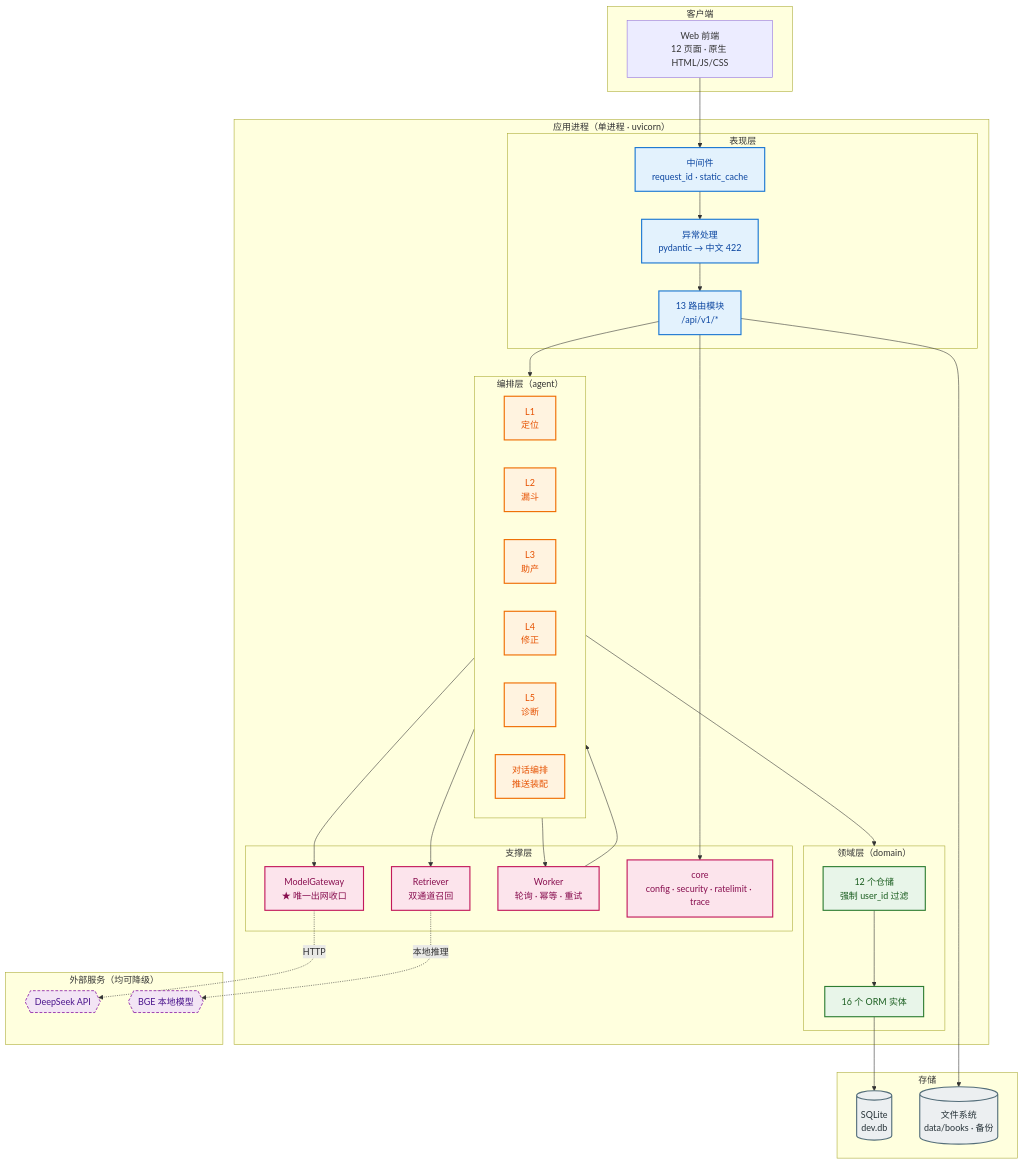
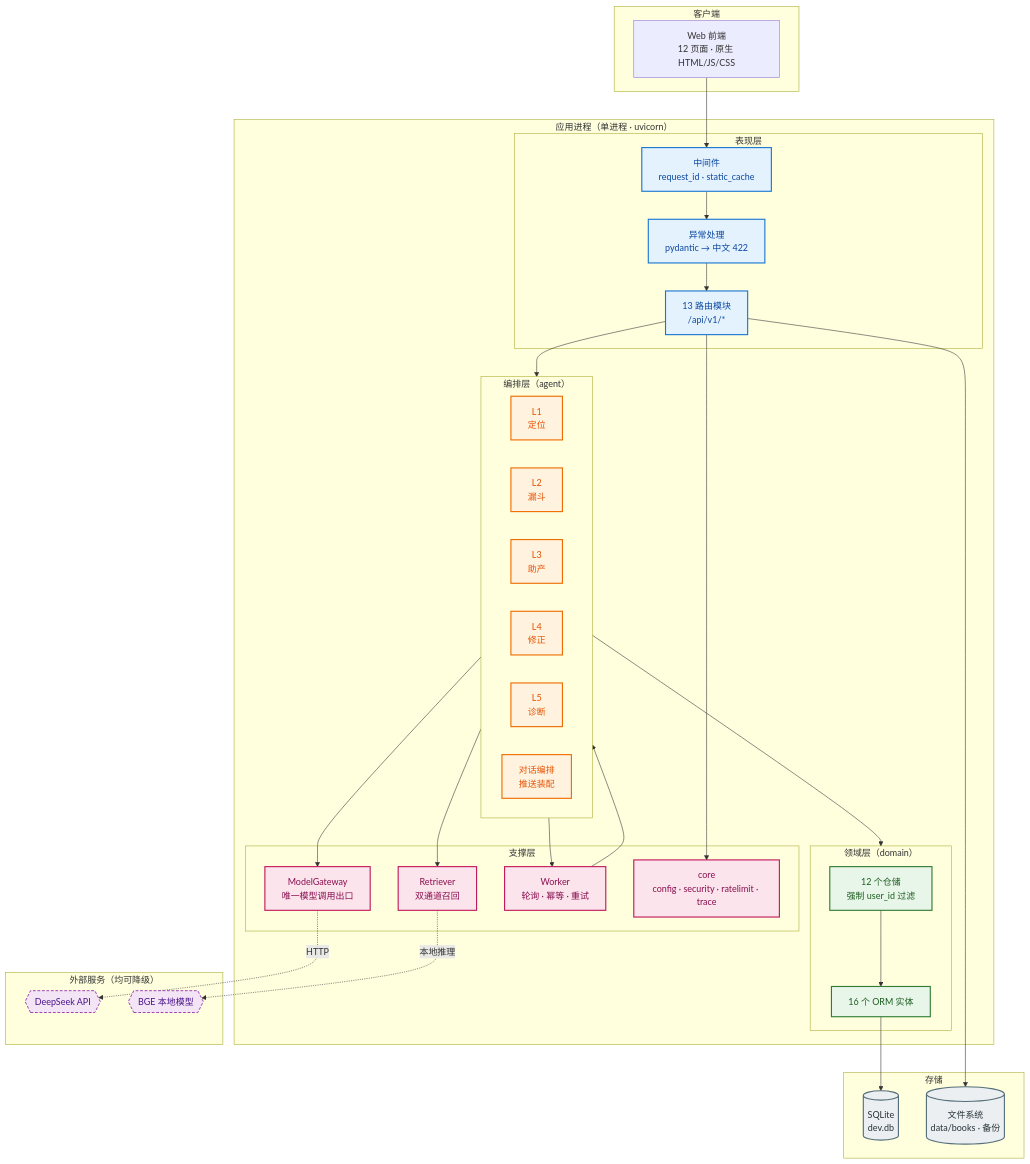
Before and after one commit to Curtainorange/knowledge-agent: the fourth of 16 diagrams in docs/系统设计文档.md, drawn with Mermaid. The commit also changed other lines of this file and 2 other files, not shown here.

````diff
--- a/docs/系统设计文档.md
+++ b/docs/系统设计文档.md
@@ -457,71 +494,71 @@
 ```mermaid
 graph TB
     subgraph CLIENT["客户端"]
         WEB["Web 前端<br/>12 页面 · 原生 HTML/JS/CSS"]
     end
 
     subgraph APP["应用进程（单进程 · uvicorn）"]
         subgraph PRESENT["表现层"]
             MW["中间件<br/>request_id · static_cache"]
             EH["异常处理<br/>pydantic → 中文 422"]
             ROUTES["13 路由模块<br/>/api/v1/*"]
         end
         subgraph ORCH["编排层（agent）"]
-            O1["L1</br>定位"]
-            O2["L2</br>漏斗"]
-            O3["L3</br>助产"]
-            O4["L4</br>修正"]
-            O5["L5</br>诊断"]
+            O1["L1<br/>定位"]
+            O2["L2<br/>漏斗"]
+            O3["L3<br/>助产"]
+            O4["L4<br/>修正"]
+            O5["L5<br/>诊断"]
             OP["对话编排<br/>推送装配"]
         end
         subgraph DOMAIN["领域层（domain）"]
             REPO["12 个仓储<br/>强制 user_id 过滤"]
             MODELS["16 个 ORM 实体"]
         end
         subgraph INFRA["支撑层"]
-            GW["ModelGateway<br/>★ 唯一出网收口"]
+            GW["ModelGateway<br/>唯一模型调用出口"]
             RET["Retriever<br/>双通道召回"]
             WRK["Worker<br/>轮询 · 幂等 · 重试"]
             CORE["core<br/>config · security · ratelimit · trace"]
         end
     end
 
     subgraph STORAGE["存储"]
         DB[("SQLite<br/>dev.db")]
         FS[("文件系统<br/>data/books · 备份")]
     end
 
     subgraph EXT["外部服务（均可降级）"]
         DS{{"DeepSeek API"}}
         BGE{{"BGE 本地模型"}}
     end
 
     WEB --> MW
     MW --> EH
     EH --> ROUTES
     ROUTES --> ORCH
     ORCH --> DOMAIN
     ORCH --> GW
     ORCH --> RET
     ORCH --> WRK
     ROUTES --> CORE
     REPO --> MODELS
     MODELS --> DB
     WRK --> ORCH
     GW -.->|HTTP| DS
     RET -.->|本地推理| BGE
     ROUTES --> FS
 
     classDef present fill:#e3f2fd,stroke:#1976d2,stroke-width:2px,color:#0d47a1
     classDef orch fill:#fff3e0,stroke:#ef6c00,stroke-width:2px,color:#e65100
     classDef dom fill:#e8f5e9,stroke:#2e7d32,stroke-width:2px,color:#1b5e20
     classDef infra fill:#fce4ec,stroke:#c2185b,stroke-width:2px,color:#880e4f
     classDef store fill:#eceff1,stroke:#546e7a,stroke-width:2px,color:#263238
     classDef ext fill:#f3e5f5,stroke:#8e24aa,stroke-width:1.5px,stroke-dasharray:5 3,color:#4a148c
     class MW,EH,ROUTES present
     class O1,O2,O3,O4,O5,OP orch
     class REPO,MODELS dom
     class GW,RET,WRK,CORE infra
     class DB,FS store
     class DS,BGE ext
 ```
````
